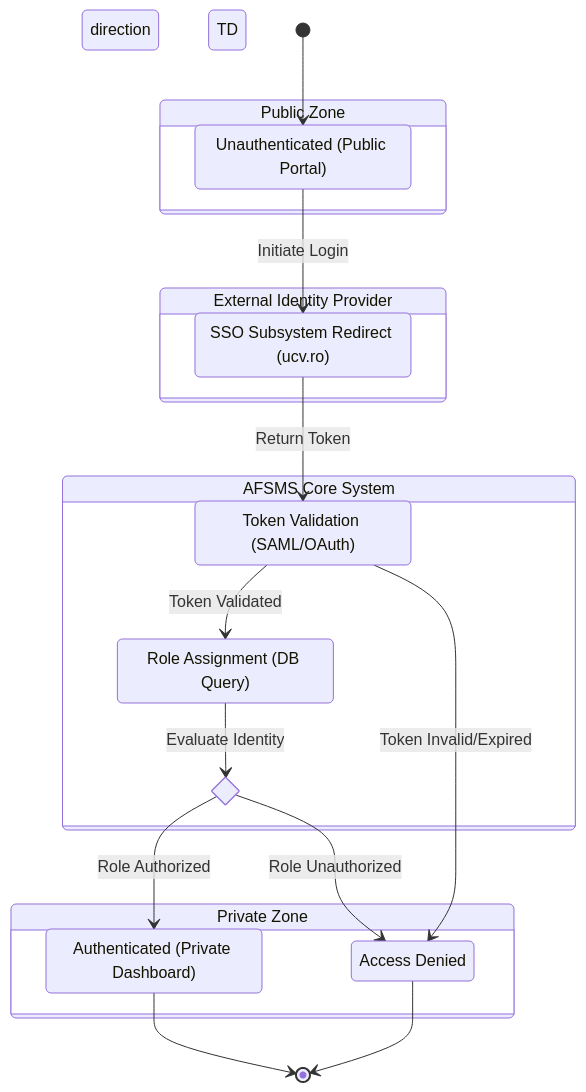
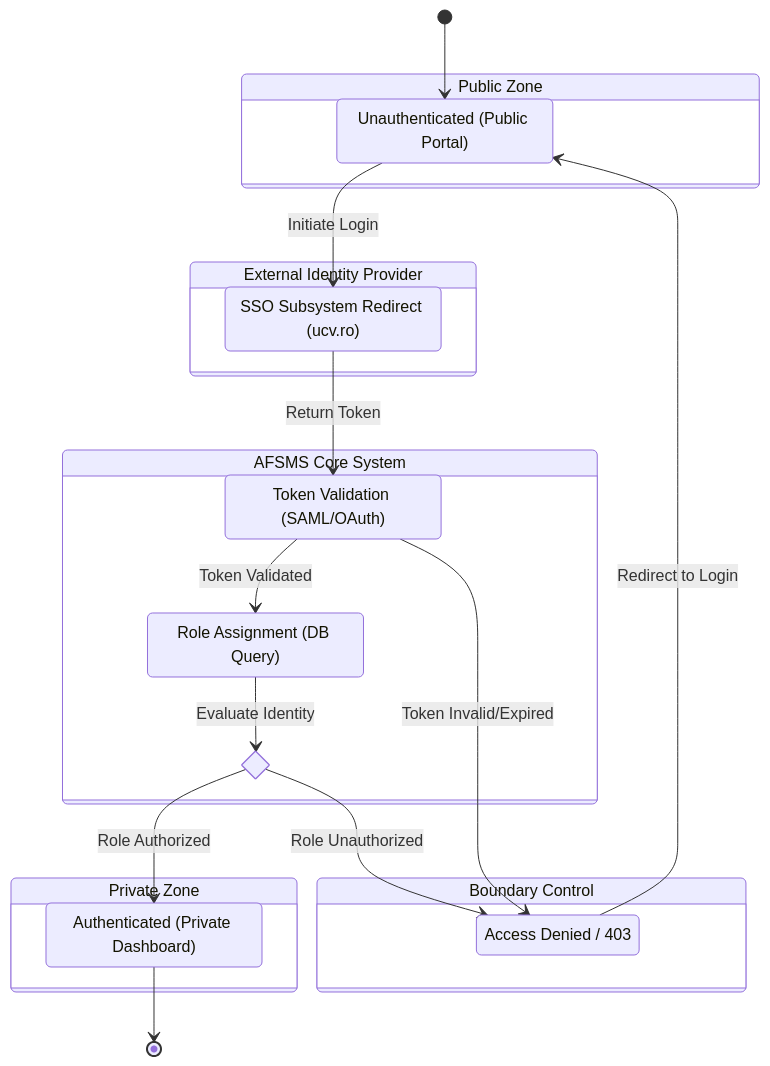
Before and after one commit to andreisugu/P9-T4-SugubeteMaximilianMitrache: the diagram in docs/diagrams/sugu/sequence/v1.mmd, drawn with Mermaid. The commit also changed 2 other files, not shown here.

Commit message:
fix: correct sequence v1 diagram

```diff
--- a/docs/diagrams/sugu/sequence/v1.mmd
+++ b/docs/diagrams/sugu/sequence/v1.mmd
@@ -1,32 +1,41 @@
 stateDiagram-v2
-    direction TD
     
     state "Public Zone" as PublicZone {
-        Unauthenticated: Unauthenticated (Public Portal)
+        Unauthenticated
     }
+    Unauthenticated: Unauthenticated (Public Portal)
     
     state "External Identity Provider" as IdP {
-        SSO: SSO Subsystem Redirect (ucv.ro)
+        SSO
     }
+    SSO: SSO Subsystem Redirect (ucv.ro)
     
     state "AFSMS Core System" as Core {
-        Validate: Token Validation (SAML/OAuth)
-        Role: Role Assignment (DB Query)
         state access_decision <<choice>>
+        Validate
+        AssignRole
     }
+    Validate: Token Validation (SAML/OAuth)
+    AssignRole: Role Assignment (DB Query)
     
     state "Private Zone" as PrivateZone {
-        Auth: Authenticated (Private Dashboard)
-        Denied: Access Denied
+        Auth
     }
+    Auth: Authenticated (Private Dashboard)
+    
+    state "Boundary Control" as Boundary {
+        Denied
+    }
+    Denied: Access Denied / 403
 
     [*] --> Unauthenticated
     Unauthenticated --> SSO : Initiate Login
     SSO --> Validate : Return Token
-    Validate --> Role : Token Validated
+    Validate --> AssignRole : Token Validated
     Validate --> Denied : Token Invalid/Expired
-    Role --> access_decision : Evaluate Identity
+    AssignRole --> access_decision : Evaluate Identity
     access_decision --> Auth : Role Authorized
     access_decision --> Denied : Role Unauthorized
+    
     Auth --> [*]
-    Denied --> [*]
+    Denied --> Unauthenticated : Redirect to Login
```
